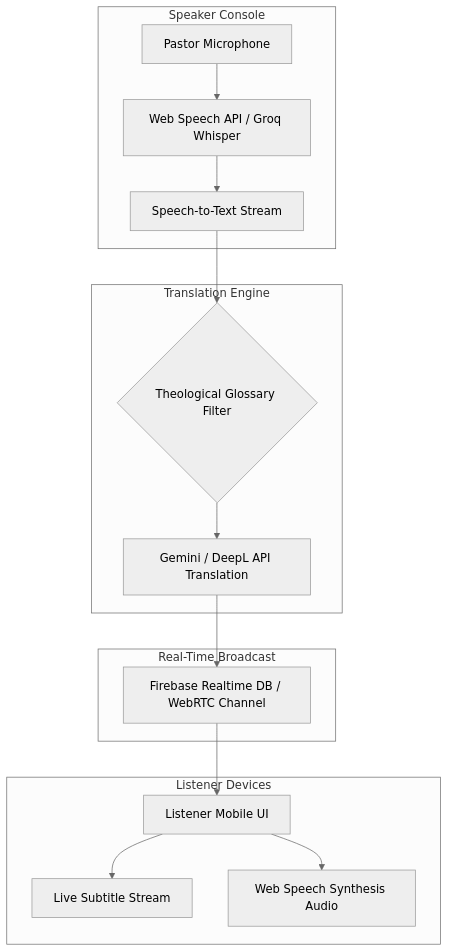
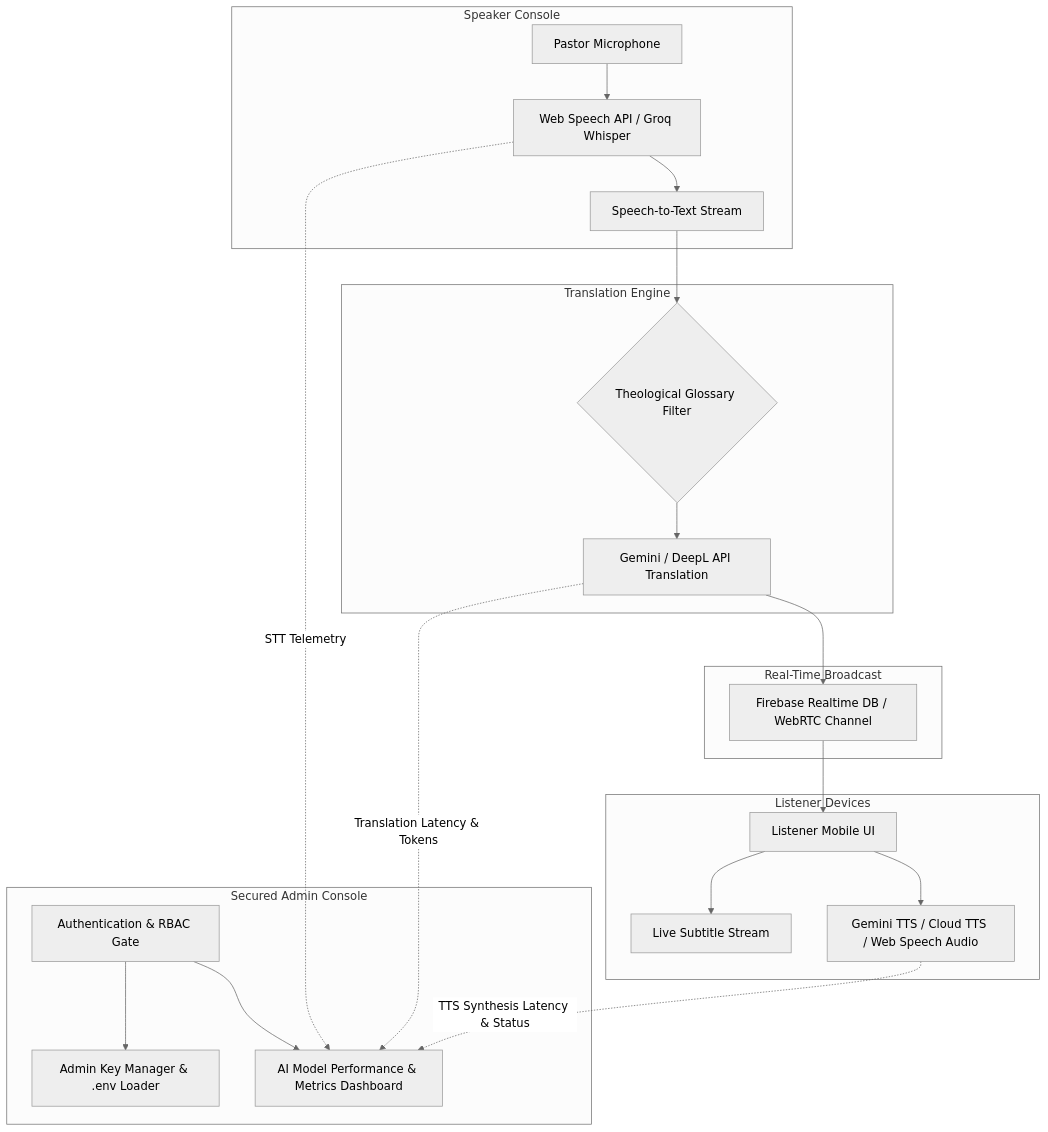
Before and after one commit to tenken127/SermonTranslator: the diagram in SermonTranslatorPRD.md, drawn with Mermaid (neutral theme). The commit also changed other lines of this file and 1 other file, not shown here.

````diff
--- a/SermonTranslatorPRD.md
+++ b/SermonTranslatorPRD.md
@@ -124,22 +174,30 @@
 ```mermaid
 flowchart TD
     subgraph Speaker Console
         A[Pastor Microphone] --> B[Web Speech API / Groq Whisper]
         B --> C[Speech-to-Text Stream]
     end
 
     subgraph Translation Engine
         C --> D{Theological Glossary Filter}
         D --> E[Gemini / DeepL API Translation]
     end
 
     subgraph Real-Time Broadcast
         E --> F[Firebase Realtime DB / WebRTC Channel]
     end
 
     subgraph Listener Devices
         F --> G[Listener Mobile UI]
         G --> H1[Live Subtitle Stream]
-        G --> H2[Web Speech Synthesis Audio]
+        G --> H2[Gemini TTS / Cloud TTS / Web Speech Audio]
+    end
+
+    subgraph Secured Admin Console
+        Auth[Authentication & RBAC Gate] --> AdminUI[Admin Key Manager & .env Loader]
+        Auth --> Metrics[AI Model Performance & Metrics Dashboard]
+        B -.->|STT Telemetry| Metrics
+        E -.->|Translation Latency & Tokens| Metrics
+        H2 -.->|TTS Synthesis Latency & Status| Metrics
     end
 ```
````
